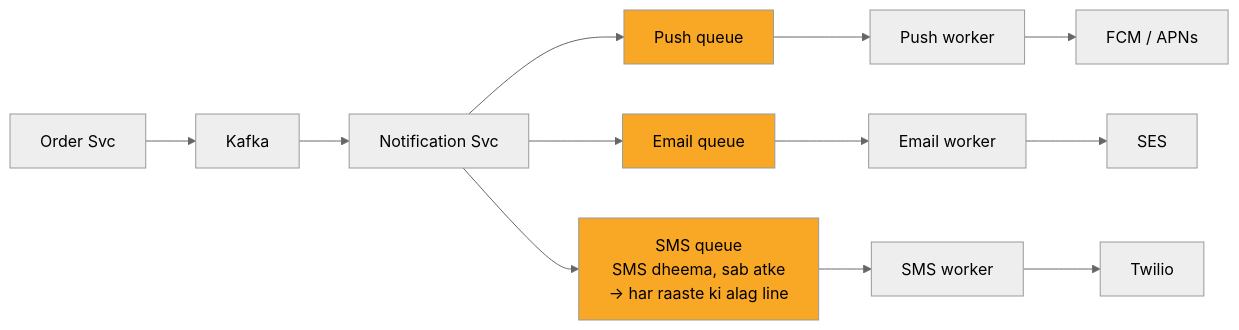
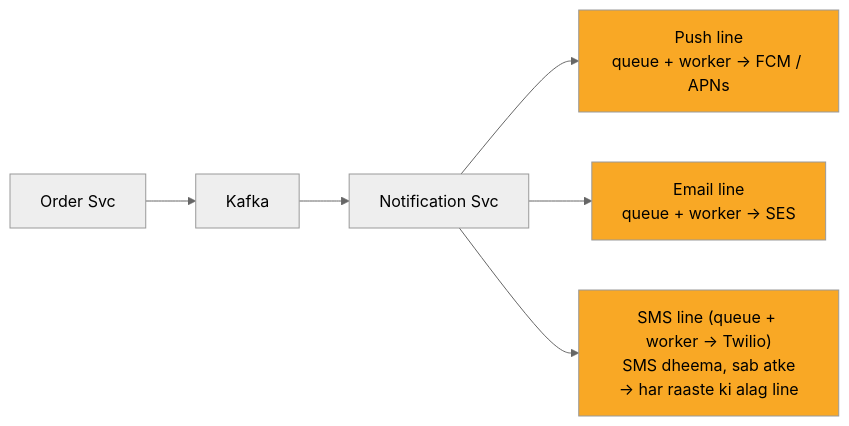
The third of 13 diagrams in 04_HLD/SYSTEM_DESIGNS/04_notification_system/04_notification_system.md (ArpanMaheshwari144/Prep), drawn with Mermaid (neutral theme) before and after one commit. The commit also changed other lines of this file and 11 other files, not shown here.

Commit message:
hld: card diagrams max 8 boxes (App x N, merged stores/chains; full diagram only in AAKHRI DABBA)

````diff
--- a/04_HLD/SYSTEM_DESIGNS/04_notification_system/04_notification_system.md
+++ b/04_HLD/SYSTEM_DESIGNS/04_notification_system/04_notification_system.md
@@ -137,29 +137,17 @@
 ```mermaid
 flowchart LR
     n_Order_Svc["Order Svc"]
     n_Kafka["Kafka"]
     n_Notification_Svc["Notification Svc"]
-    n_Push_queue["Push queue"]
-    n_Push_worker["Push worker"]
-    n_FCM_APNs["FCM / APNs"]
-    n_Email_queue["Email queue"]
-    n_Email_worker["Email worker"]
-    n_SES["SES"]
-    n_SMS_queue["SMS queue<br/>SMS dheema, sab atke<br/>-> har raaste ki alag line"]
-    n_SMS_worker["SMS worker"]
-    n_Twilio["Twilio"]
+    n_PUSH["Push line<br/>queue + worker -> FCM / APNs"]
+    n_EMAIL["Email line<br/>queue + worker -> SES"]
+    n_SMSL["SMS line (queue + worker -> Twilio)<br/>SMS dheema, sab atke<br/>-> har raaste ki alag line"]
     n_Order_Svc --> n_Kafka
     n_Kafka --> n_Notification_Svc
-    n_Notification_Svc --> n_Push_queue
-    n_Notification_Svc --> n_Email_queue
-    n_Notification_Svc --> n_SMS_queue
-    n_Push_queue --> n_Push_worker
-    n_Push_worker --> n_FCM_APNs
-    n_Email_queue --> n_Email_worker
-    n_Email_worker --> n_SES
-    n_SMS_queue --> n_SMS_worker
-    n_SMS_worker --> n_Twilio
-    style n_Push_queue fill:#f9a825,color:#000
-    style n_Email_queue fill:#f9a825,color:#000
-    style n_SMS_queue fill:#f9a825,color:#000
+    n_Notification_Svc --> n_PUSH
+    n_Notification_Svc --> n_EMAIL
+    n_Notification_Svc --> n_SMSL
+    style n_PUSH fill:#f9a825,color:#000
+    style n_EMAIL fill:#f9a825,color:#000
+    style n_SMSL fill:#f9a825,color:#000
 ```
````
